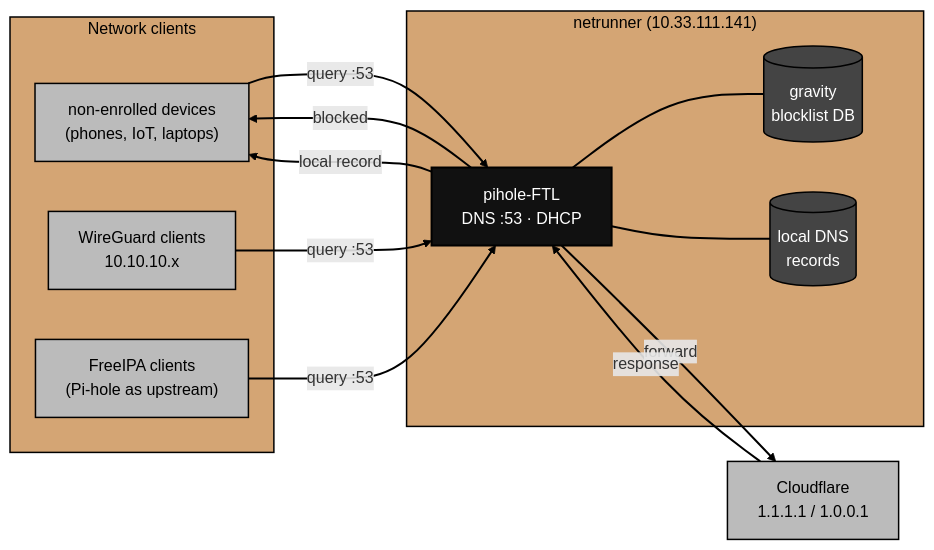
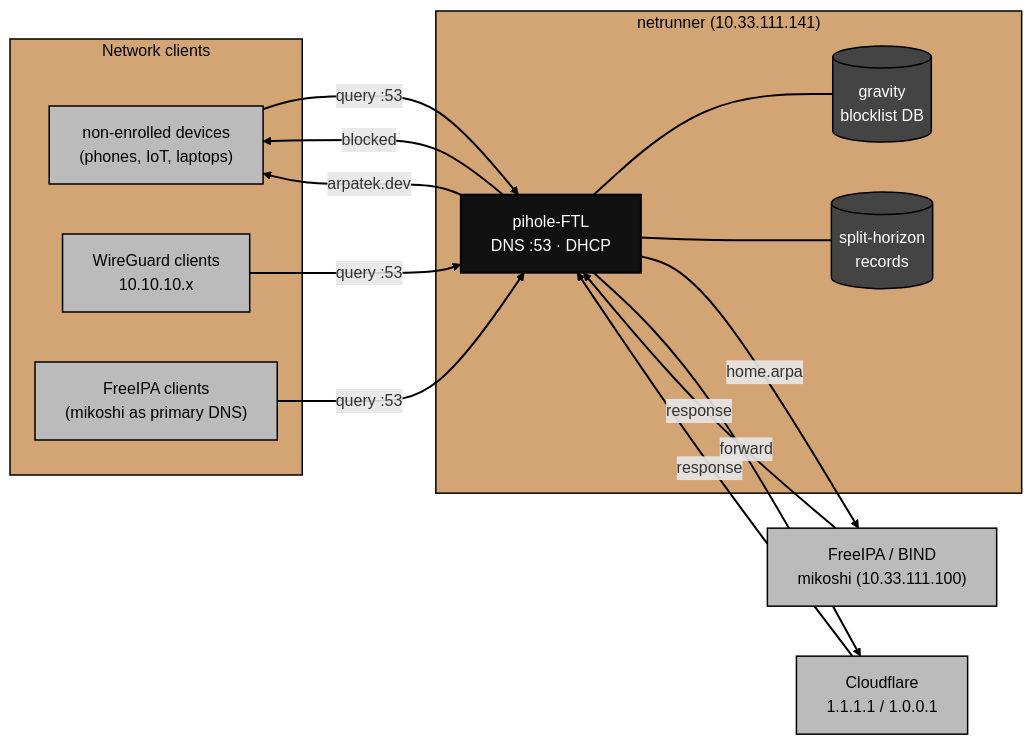
One commit to arpatek/home.arpa changed the diagram in pihole/docs/architecture.md. Above: the diagram before and after it, drawn with Mermaid. The commit also changed other lines of this file and 3 other files, not shown here.

First line of the commit message:
docs(pihole): delegate home.arpa to FreeIPA, document FTL v6 gotchas

````diff
--- a/pihole/docs/architecture.md
+++ b/pihole/docs/architecture.md
@@ -30,36 +30,39 @@
 ```mermaid
 flowchart LR
     subgraph CLIENTS["Network clients"]
         NONENROLLED["non-enrolled devices\n(phones, IoT, laptops)"]
         WGCLIENTS["WireGuard clients\n10.10.10.x"]
-        IPACLIENTS["FreeIPA clients\n(Pi-hole as upstream)"]
+        IPACLIENTS["FreeIPA clients\n(mikoshi as primary DNS)"]
     end
 
     subgraph RPI["netrunner (10.33.111.141)"]
         FTL["pihole-FTL\nDNS :53 · DHCP"]
         GRAVITY[("gravity\nblocklist DB")]
-        LOCAL[("local DNS\nrecords")]
+        LOCAL[("split-horizon\nrecords")]
         FTL --- GRAVITY
         FTL --- LOCAL
     end
 
+    FREEIPA["FreeIPA / BIND\nmikoshi (10.33.111.100)"]
     CF["Cloudflare\n1.1.1.1 / 1.0.0.1"]
 
     NONENROLLED & WGCLIENTS & IPACLIENTS -->|"query :53"| FTL
     FTL -->|"blocked"| NONENROLLED
-    FTL -->|"local record"| NONENROLLED
+    FTL -->|"arpatek.dev"| NONENROLLED
+    FTL -->|"home.arpa"| FREEIPA
+    FREEIPA -->|"response"| FTL
     FTL -->|"forward"| CF
     CF -->|"response"| FTL
 
     linkStyle default stroke:#000000,stroke-width:2px;
 
     classDef core      fill:#111111,stroke:#000000,color:#ffffff,stroke-width:2px;
     classDef db        fill:#444444,stroke:#000000,color:#ffffff,stroke-width:1.5px;
     classDef external  fill:#bbbbbb,stroke:#000000,color:#000000,stroke-width:1.5px;
     classDef hostlabel fill:#d4a574,stroke:#000000,color:#000000,stroke-width:1.5px;
 
     class FTL core;
     class GRAVITY,LOCAL db;
-    class NONENROLLED,WGCLIENTS,IPACLIENTS,CF external;
+    class NONENROLLED,WGCLIENTS,IPACLIENTS,CF,FREEIPA external;
     class CLIENTS,RPI hostlabel;
 ```
````
